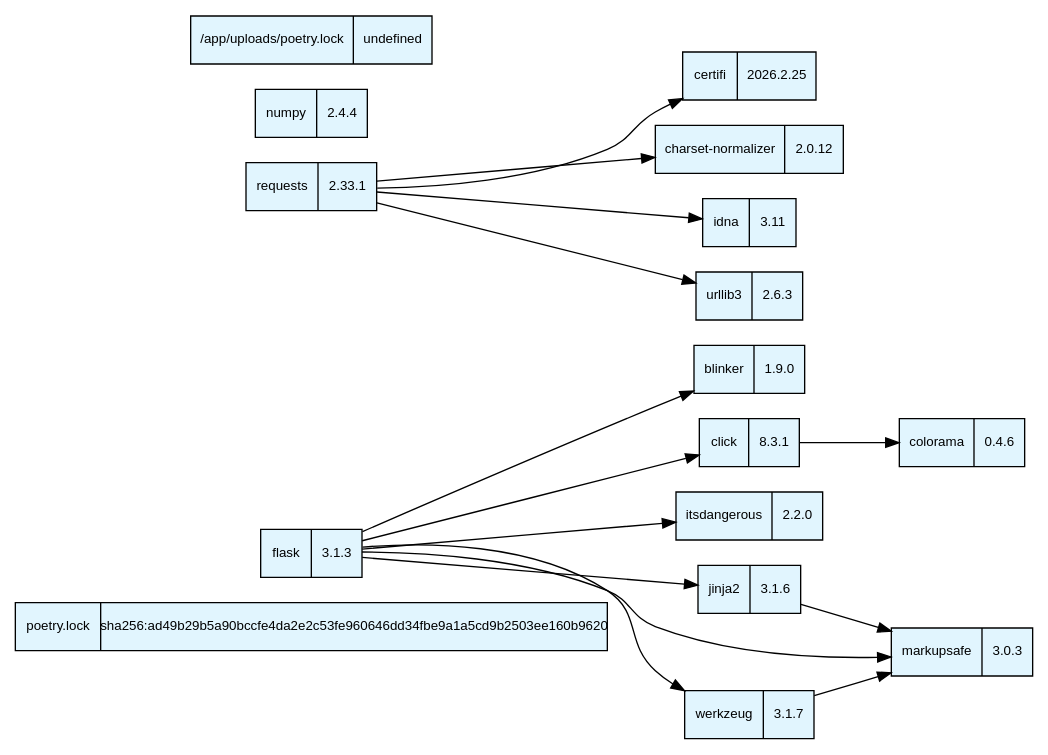
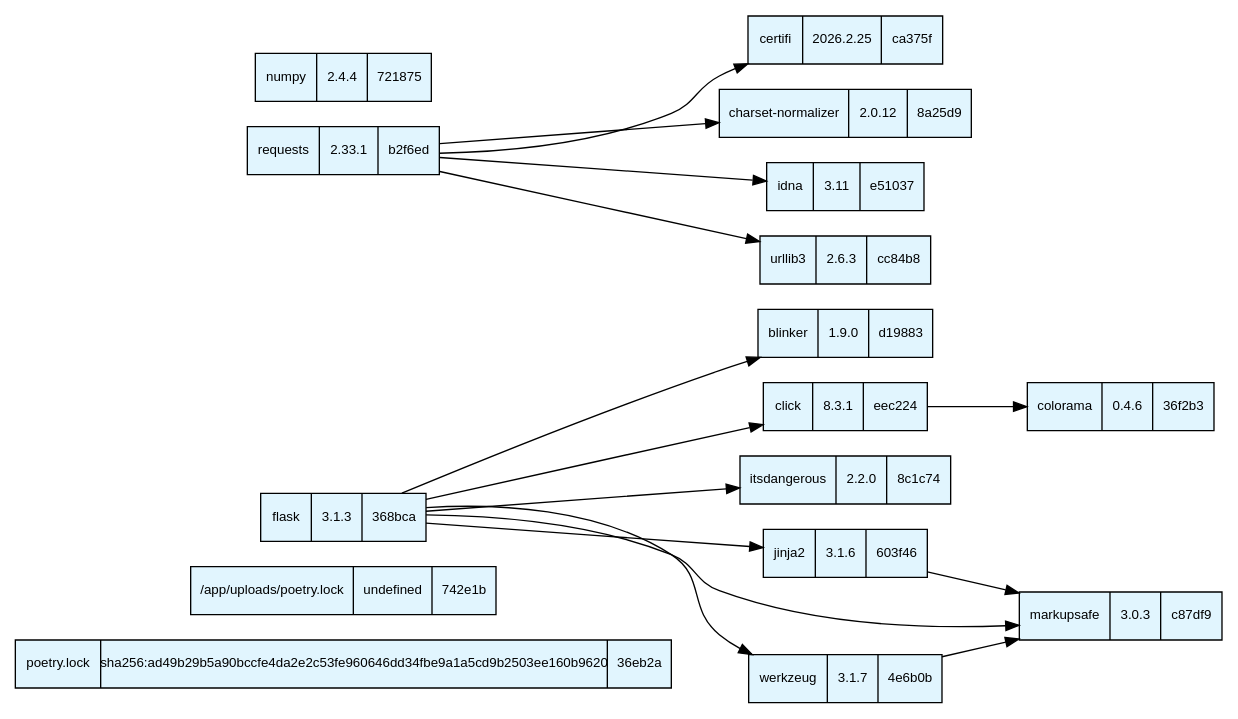
Before and after one commit to yuu200219/sbom_zkp: the diagram in zkVM-server/sbom_service/output_graphs/dependency_tree.dot, drawn with Graphviz. The commit also changed 6 other files, not shown here.

```diff
--- a/zkVM-server/sbom_service/output_graphs/dependency_tree.dot
+++ b/zkVM-server/sbom_service/output_graphs/dependency_tree.dot
@@ -1,33 +1,33 @@
-digraph DependencyTree {
+digraph DependencyGraph {
     node [fontname="Arial", fontsize=10, shape=record];
     rankdir=LR;
-    "c1ed6696946692f2" [label="{ poetry.lock | sha256:ad49b29b5a90bccfe4da2e2c53fe960646dd34fbe9a1a5cd9b2503ee160b9620 }", style=filled, fillcolor="#e1f5fe"];
-    "pkg:pypi/blinker@1.9.0?package-id=870b1cef558676d0" [label="{ blinker | 1.9.0 }", style=filled, fillcolor="#e1f5fe"];
-    "pkg:pypi/certifi@2026.2.25?package-id=3abcd530b411d16d" [label="{ certifi | 2026.2.25 }", style=filled, fillcolor="#e1f5fe"];
-    "pkg:pypi/charset-normalizer@2.0.12?package-id=5b8ad9423145a411" [label="{ charset-normalizer | 2.0.12 }", style=filled, fillcolor="#e1f5fe"];
-    "pkg:pypi/click@8.3.1?package-id=23d7364e9f66825a" [label="{ click | 8.3.1 }", style=filled, fillcolor="#e1f5fe"];
+    "c1ed6696946692f2" [label="{ poetry.lock | sha256:ad49b29b5a90bccfe4da2e2c53fe960646dd34fbe9a1a5cd9b2503ee160b9620 | 36eb2a }", style=filled, fillcolor="#e1f5fe"];
+    "4490038dd0eaaf1f" [label="{ /app/uploads/poetry.lock | undefined | 742e1b }", style=filled, fillcolor="#e1f5fe"];
+    "pkg:pypi/blinker@1.9.0?package-id=870b1cef558676d0" [label="{ blinker | 1.9.0 | d19883 }", style=filled, fillcolor="#e1f5fe"];
+    "pkg:pypi/certifi@2026.2.25?package-id=3abcd530b411d16d" [label="{ certifi | 2026.2.25 | ca375f }", style=filled, fillcolor="#e1f5fe"];
+    "pkg:pypi/charset-normalizer@2.0.12?package-id=5b8ad9423145a411" [label="{ charset-normalizer | 2.0.12 | 8a25d9 }", style=filled, fillcolor="#e1f5fe"];
+    "pkg:pypi/click@8.3.1?package-id=23d7364e9f66825a" [label="{ click | 8.3.1 | eec224 }", style=filled, fillcolor="#e1f5fe"];
     "pkg:pypi/click@8.3.1?package-id=23d7364e9f66825a" -> "pkg:pypi/colorama@0.4.6?package-id=754ada8d4566a598";
-    "pkg:pypi/colorama@0.4.6?package-id=754ada8d4566a598" [label="{ colorama | 0.4.6 }", style=filled, fillcolor="#e1f5fe"];
-    "pkg:pypi/flask@3.1.3?package-id=a8a9a07c2fc6d919" [label="{ flask | 3.1.3 }", style=filled, fillcolor="#e1f5fe"];
+    "pkg:pypi/colorama@0.4.6?package-id=754ada8d4566a598" [label="{ colorama | 0.4.6 | 36f2b3 }", style=filled, fillcolor="#e1f5fe"];
+    "pkg:pypi/flask@3.1.3?package-id=a8a9a07c2fc6d919" [label="{ flask | 3.1.3 | 368bca }", style=filled, fillcolor="#e1f5fe"];
     "pkg:pypi/flask@3.1.3?package-id=a8a9a07c2fc6d919" -> "pkg:pypi/blinker@1.9.0?package-id=870b1cef558676d0";
     "pkg:pypi/flask@3.1.3?package-id=a8a9a07c2fc6d919" -> "pkg:pypi/click@8.3.1?package-id=23d7364e9f66825a";
     "pkg:pypi/flask@3.1.3?package-id=a8a9a07c2fc6d919" -> "pkg:pypi/itsdangerous@2.2.0?package-id=08bd0103b37e257e";
     "pkg:pypi/flask@3.1.3?package-id=a8a9a07c2fc6d919" -> "pkg:pypi/jinja2@3.1.6?package-id=de9da0639aaa3e80";
     "pkg:pypi/flask@3.1.3?package-id=a8a9a07c2fc6d919" -> "pkg:pypi/markupsafe@3.0.3?package-id=da31a8ee4d6ed5db";
     "pkg:pypi/flask@3.1.3?package-id=a8a9a07c2fc6d919" -> "pkg:pypi/werkzeug@3.1.7?package-id=c39817697ddfae69";
-    "pkg:pypi/idna@3.11?package-id=0675d1b09131b37d" [label="{ idna | 3.11 }", style=filled, fillcolor="#e1f5fe"];
-    "pkg:pypi/itsdangerous@2.2.0?package-id=08bd0103b37e257e" [label="{ itsdangerous | 2.2.0 }", style=filled, fillcolor="#e1f5fe"];
-    "pkg:pypi/jinja2@3.1.6?package-id=de9da0639aaa3e80" [label="{ jinja2 | 3.1.6 }", style=filled, fillcolor="#e1f5fe"];
+    "pkg:pypi/itsdangerous@2.2.0?package-id=08bd0103b37e257e" [label="{ itsdangerous | 2.2.0 | 8c1c74 }", style=filled, fillcolor="#e1f5fe"];
+    "pkg:pypi/jinja2@3.1.6?package-id=de9da0639aaa3e80" [label="{ jinja2 | 3.1.6 | 603f46 }", style=filled, fillcolor="#e1f5fe"];
     "pkg:pypi/jinja2@3.1.6?package-id=de9da0639aaa3e80" -> "pkg:pypi/markupsafe@3.0.3?package-id=da31a8ee4d6ed5db";
-    "pkg:pypi/markupsafe@3.0.3?package-id=da31a8ee4d6ed5db" [label="{ markupsafe | 3.0.3 }", style=filled, fillcolor="#e1f5fe"];
-    "pkg:pypi/numpy@2.4.4?package-id=f860eeb4b2f98233" [label="{ numpy | 2.4.4 }", style=filled, fillcolor="#e1f5fe"];
-    "pkg:pypi/requests@2.33.1?package-id=c5ed5ce606f1aa6a" [label="{ requests | 2.33.1 }", style=filled, fillcolor="#e1f5fe"];
+    "pkg:pypi/markupsafe@3.0.3?package-id=da31a8ee4d6ed5db" [label="{ markupsafe | 3.0.3 | c87df9 }", style=filled, fillcolor="#e1f5fe"];
+    "pkg:pypi/werkzeug@3.1.7?package-id=c39817697ddfae69" [label="{ werkzeug | 3.1.7 | 4e6b0b }", style=filled, fillcolor="#e1f5fe"];
+    "pkg:pypi/werkzeug@3.1.7?package-id=c39817697ddfae69" -> "pkg:pypi/markupsafe@3.0.3?package-id=da31a8ee4d6ed5db";
+    "pkg:pypi/idna@3.11?package-id=0675d1b09131b37d" [label="{ idna | 3.11 | e51037 }", style=filled, fillcolor="#e1f5fe"];
+    "pkg:pypi/numpy@2.4.4?package-id=f860eeb4b2f98233" [label="{ numpy | 2.4.4 | 721875 }", style=filled, fillcolor="#e1f5fe"];
+    "pkg:pypi/requests@2.33.1?package-id=c5ed5ce606f1aa6a" [label="{ requests | 2.33.1 | b2f6ed }", style=filled, fillcolor="#e1f5fe"];
     "pkg:pypi/requests@2.33.1?package-id=c5ed5ce606f1aa6a" -> "pkg:pypi/certifi@2026.2.25?package-id=3abcd530b411d16d";
     "pkg:pypi/requests@2.33.1?package-id=c5ed5ce606f1aa6a" -> "pkg:pypi/charset-normalizer@2.0.12?package-id=5b8ad9423145a411";
     "pkg:pypi/requests@2.33.1?package-id=c5ed5ce606f1aa6a" -> "pkg:pypi/idna@3.11?package-id=0675d1b09131b37d";
     "pkg:pypi/requests@2.33.1?package-id=c5ed5ce606f1aa6a" -> "pkg:pypi/urllib3@2.6.3?package-id=e2ece809fea9628e";
-    "pkg:pypi/urllib3@2.6.3?package-id=e2ece809fea9628e" [label="{ urllib3 | 2.6.3 }", style=filled, fillcolor="#e1f5fe"];
-    "pkg:pypi/werkzeug@3.1.7?package-id=c39817697ddfae69" [label="{ werkzeug | 3.1.7 }", style=filled, fillcolor="#e1f5fe"];
-    "pkg:pypi/werkzeug@3.1.7?package-id=c39817697ddfae69" -> "pkg:pypi/markupsafe@3.0.3?package-id=da31a8ee4d6ed5db";
-    "4490038dd0eaaf1f" [label="{ /app/uploads/poetry.lock | undefined }", style=filled, fillcolor="#e1f5fe"];
+    "pkg:pypi/urllib3@2.6.3?package-id=e2ece809fea9628e" [label="{ urllib3 | 2.6.3 | cc84b8 }", style=filled, fillcolor="#e1f5fe"];
 }
```
